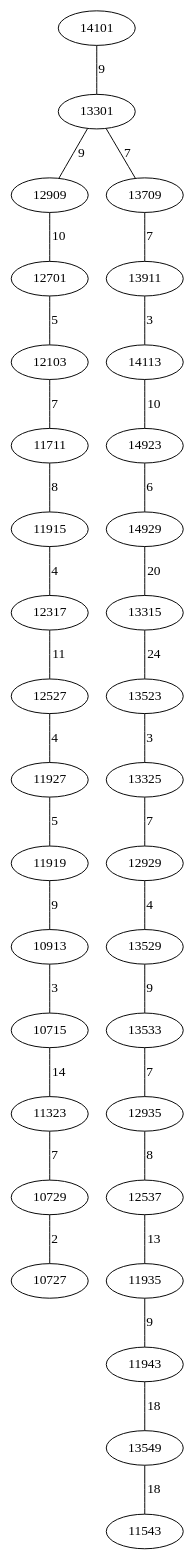
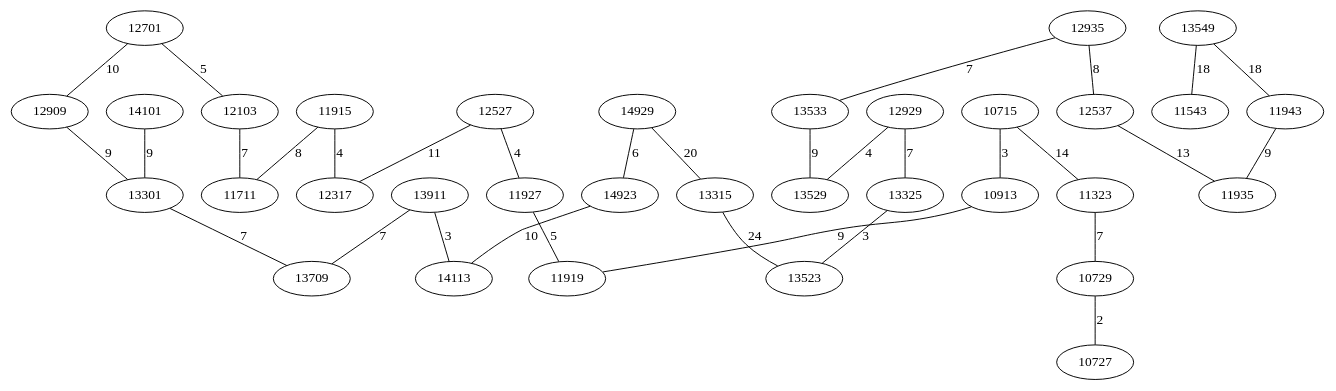
The diagram in Graph.dot (AsmNoob/Labyrinthe), drawn with Graphviz before and after one commit. The commit also changed 3 other files, not shown here.

Commit message:
[graph] commence a etre finit

```diff
--- a/Graph.dot
+++ b/Graph.dot
@@ -1,36 +1,36 @@
 graph chemin {
 
+	12527 -- 12317 [label=11]
+	12527 -- 11927 [label=4]
+	14929 -- 14923 [label=6]
+	14929 -- 13315 [label=20]
+	13549 -- 11943 [label=18]
+	13549 -- 11543 [label=18]
+	12935 -- 13533 [label=7]
+	12935 -- 12537 [label=8]
 	14101 -- 13301 [label=9]
-	13301 -- 12909 [label=9]
+	12929 -- 13325 [label=7]
+	12929 -- 13529 [label=4]
+	11943 -- 11935 [label=9]
+	12537 -- 11935 [label=13]
+	10715 -- 10913 [label=3]
+	10715 -- 11323 [label=14]
+	14923 -- 14113 [label=10]
+	10913 -- 11919 [label=9]
+	13911 -- 13709 [label=7]
+	13911 -- 14113 [label=3]
+	11927 -- 11919 [label=5]
+	11323 -- 10729 [label=7]
+	12701 -- 12909 [label=10]
+	12701 -- 12103 [label=5]
+	10729 -- 10727 [label=2]
+	13325 -- 13523 [label=3]
+	13315 -- 13523 [label=24]
+	12909 -- 13301 [label=9]
 	13301 -- 13709 [label=7]
-	12909 -- 12701 [label=10]
-	12701 -- 12103 [label=5]
 	12103 -- 11711 [label=7]
-	11711 -- 11915 [label=8]
+	13533 -- 13529 [label=9]
+	11915 -- 11711 [label=8]
 	11915 -- 12317 [label=4]
-	12317 -- 12527 [label=11]
-	12527 -- 11927 [label=4]
-	11927 -- 11919 [label=5]
-	11919 -- 10913 [label=9]
-	10913 -- 10715 [label=3]
-	10715 -- 11323 [label=14]
-	11323 -- 10729 [label=7]
-	10729 -- 10727 [label=2]
-	13709 -- 13911 [label=7]
-	13911 -- 14113 [label=3]
-	14113 -- 14923 [label=10]
-	14923 -- 14929 [label=6]
-	14929 -- 13315 [label=20]
-	13315 -- 13523 [label=24]
-	13523 -- 13325 [label=3]
-	13325 -- 12929 [label=7]
-	12929 -- 13529 [label=4]
-	13529 -- 13533 [label=9]
-	13533 -- 12935 [label=7]
-	12935 -- 12537 [label=8]
-	12537 -- 11935 [label=13]
-	11935 -- 11943 [label=9]
-	11943 -- 13549 [label=18]
-	13549 -- 11543 [label=18]
 
 }
```
